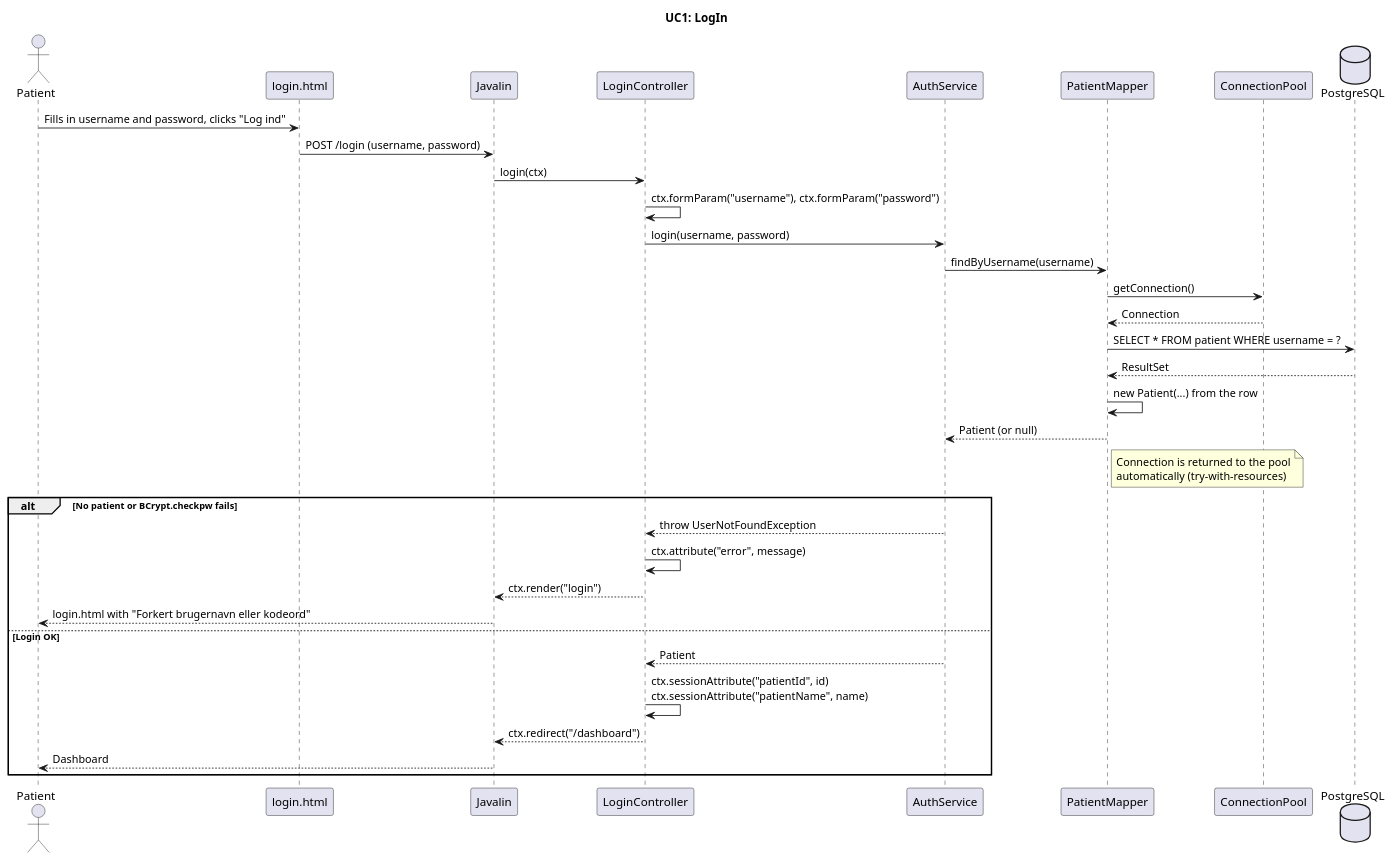
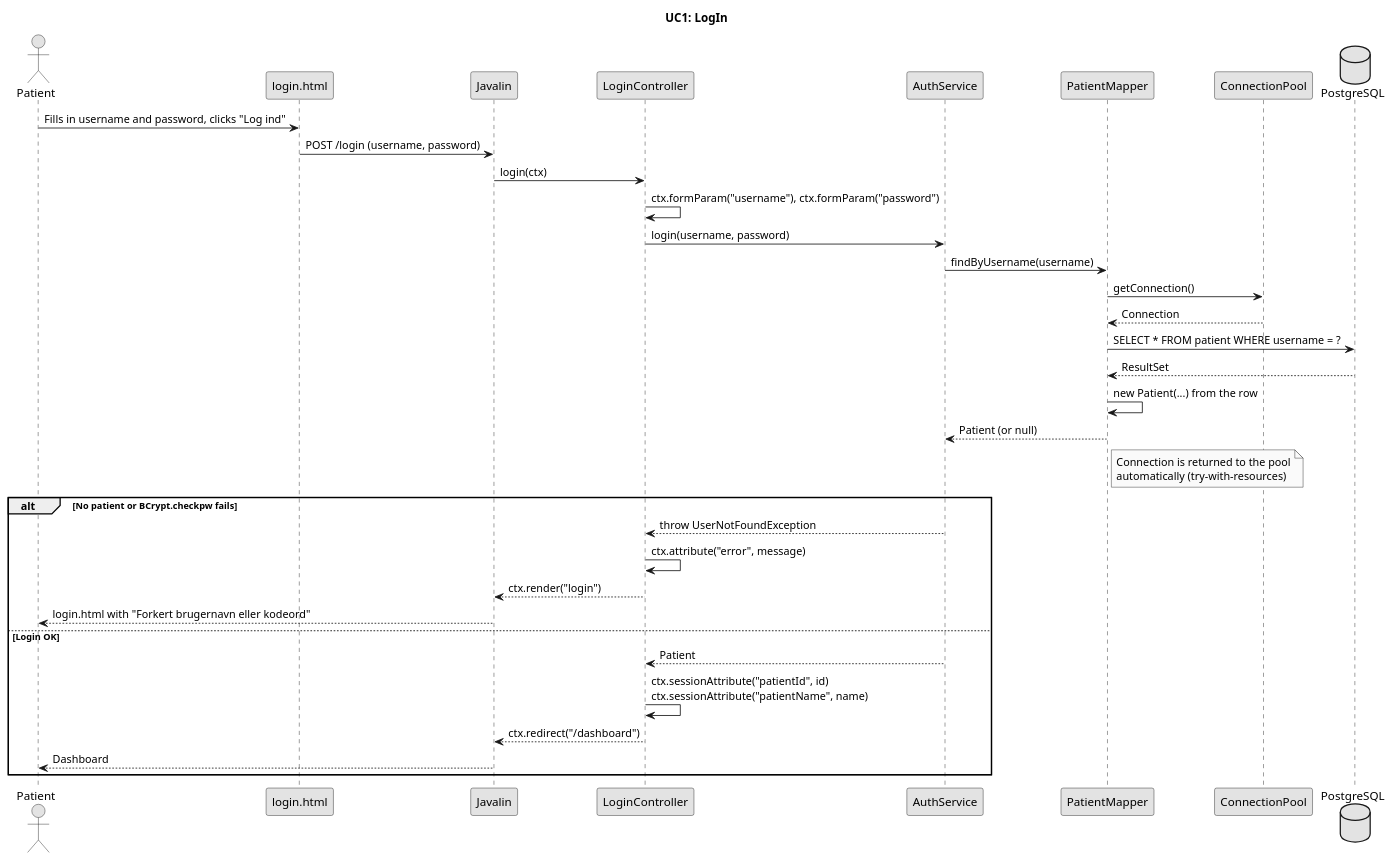
The diagram in doc/dynamic/UC1 - LogIn.puml (BesimaP/Simpl-PET-project), drawn with PlantUML before and after one commit. The commit also changed 48 other files, not shown here.

```diff
--- a/doc/dynamic/UC1 - LogIn.puml
+++ b/doc/dynamic/UC1 - LogIn.puml
@@ -1,41 +1,44 @@
 @startuml
 !pragma layout smetana
+skinparam shadowing false
+skinparam monochrome true
+skinparam defaultFontName Arial
 
 title UC1: LogIn
 
 actor "Patient" as u
 participant "login.html" as v
 participant "Javalin" as j
 participant "LoginController" as c
 participant "AuthService" as s
 participant "PatientMapper" as pm
 participant "ConnectionPool" as cp
 database "PostgreSQL" as db
 
 u -> v : Fills in username and password, clicks "Log ind"
 v -> j : POST /login (username, password)
 j -> c : login(ctx)
 c -> c : ctx.formParam("username"), ctx.formParam("password")
 c -> s : login(username, password)
 s -> pm : findByUsername(username)
 pm -> cp : getConnection()
 cp --> pm : Connection
 pm -> db : SELECT * FROM patient WHERE username = ?
 db --> pm : ResultSet
 pm -> pm : new Patient(...) from the row
 pm --> s : Patient (or null)
 note right of pm : Connection is returned to the pool\nautomatically (try-with-resources)
 
 alt No patient or BCrypt.checkpw fails
   s --> c : throw UserNotFoundException
   c -> c : ctx.attribute("error", message)
   c --> j : ctx.render("login")
   j --> u : login.html with "Forkert brugernavn eller kodeord"
 else Login OK
   s --> c : Patient
   c -> c : ctx.sessionAttribute("patientId", id)\nctx.sessionAttribute("patientName", name)
   c --> j : ctx.redirect("/dashboard")
   j --> u : Dashboard
 end
 
 @enduml
```
